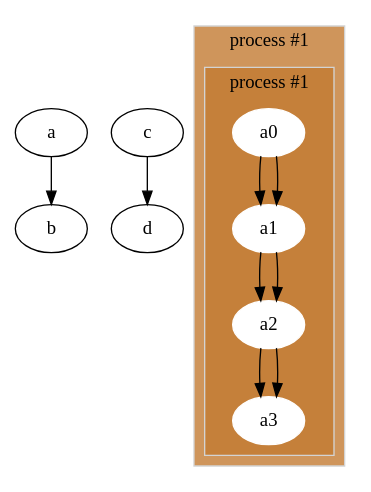
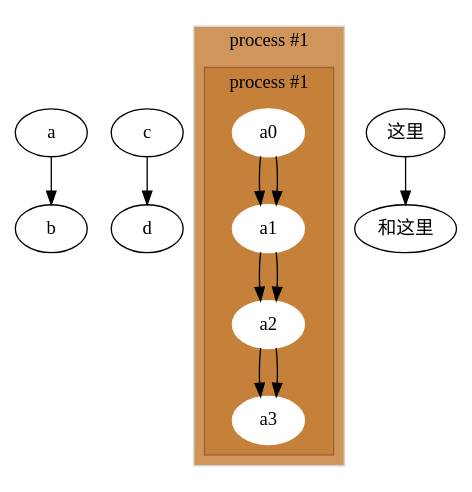
Before and after one commit to Qiu-Weidong/vscode-graphviz-extension: the diagram in examples/main.dot, drawn with Graphviz. The commit also changed 18 other files, not shown here.

```diff
--- a/examples/main.dot
+++ b/examples/main.dot
@@ -1,29 +1,31 @@
 digraph {
     a -> b;
     c -> d;
     
-    fillcolor = "#123456";
+    fillcolor = "#93210a";
     fillcolor = "#c37b33cc";
     
     subgraph cluster_0 {
 		style=filled;
 		color=lightgrey;
 		node [style=filled,color=white];
 		a0 -> a1 -> a2 -> a3;
 		label = "process #1";
 
         subgraph cluster_0 {
             style=filled;
-            color=lightgrey;
-            node [style=filled,color=white];
+            color="#5c0e0e58";
+            node [style=filled,color="#600c0cff"];
             a0 -> a1 -> a2 -> a3;
             label = "process #1";
 	    }
 	}
+
+    "这里" -> "和这里";
     
     // fillcolor="#142614";
     /*
     多行注释好像不行
     */
     
 }
```
